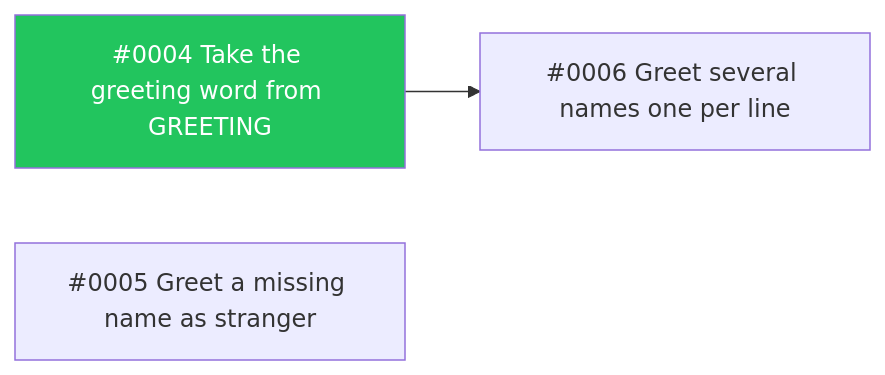
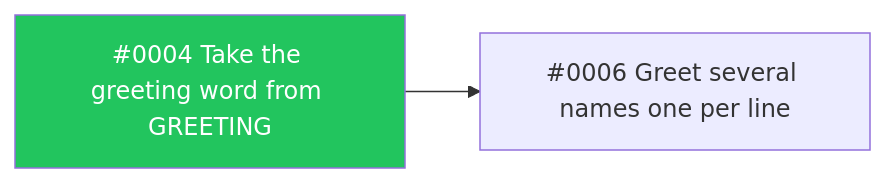
Before and after one commit to 64x-lunicorn/skills: the diagram in evals/resolve-merge/incompatible-intents/fixture/issues/0003-friendly-greetings-wayfinder.md, drawn with Mermaid. The commit also changed other lines of this file and 28 other files, not shown here.

````diff
--- a/evals/resolve-merge/incompatible-intents/fixture/issues/0003-friendly-greetings-wayfinder.md
+++ b/evals/resolve-merge/incompatible-intents/fixture/issues/0003-friendly-greetings-wayfinder.md
@@ -13,7 +13,6 @@
 ```mermaid
 flowchart LR
     classDef done fill:#22c55e,color:#fff
     T4["#0004 Take the greeting word from GREETING"] --> T6["#0006 Greet several names one per line"]
-    T5["#0005 Greet a missing name as stranger"]
     class T4 done
 ```
````
